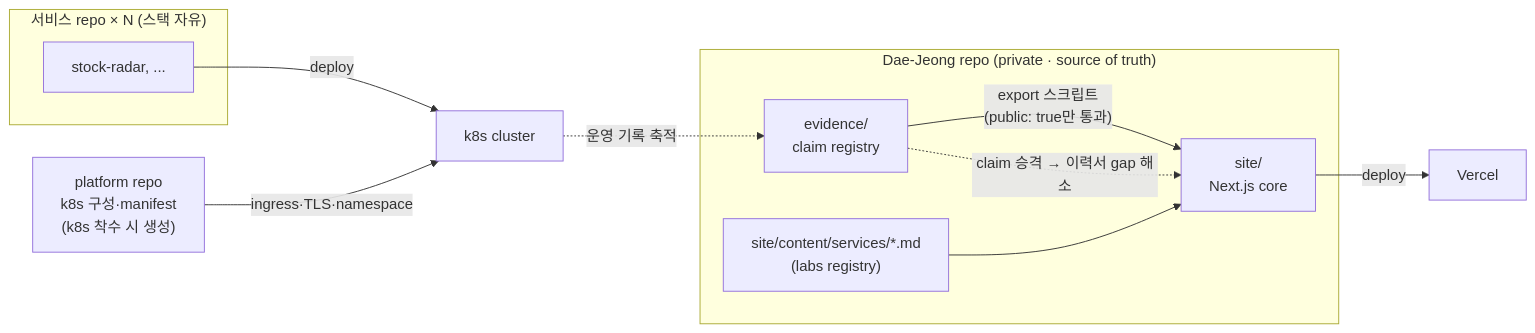
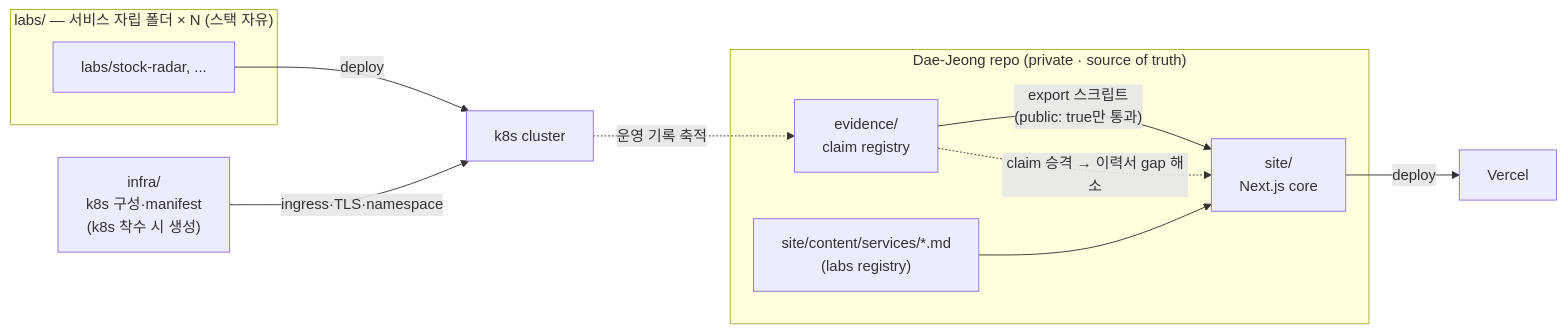
Before and after one commit to Dae-Jeong/Dae-Jeong: the second of 2 diagrams in docs/superpowers/specs/2026-07-15-personal-site-architecture-design.md, drawn with Mermaid. The commit also changed other lines of this file and 2 other files, not shown here.

First line of the commit message:
docs: full monorepo — labs services move in-repo (7th amendment)

````diff
--- a/docs/superpowers/specs/2026-07-15-personal-site-architecture-design.md
+++ b/docs/superpowers/specs/2026-07-15-personal-site-architecture-design.md
@@ -162,25 +163,25 @@
 ```mermaid
 flowchart LR
     subgraph DJ["Dae-Jeong repo (private · source of truth)"]
         EV["evidence/<br/>claim registry"]
         REG["site/content/services/*.md<br/>(labs registry)"]
         SITE["site/<br/>Next.js core"]
     end
 
-    subgraph SVCREPO["서비스 repo × N (스택 자유)"]
-        SR["stock-radar, ..."]
+    subgraph SVCREPO["labs/ — 서비스 자립 폴더 × N (스택 자유)"]
+        SR["labs/stock-radar, ..."]
     end
 
-    PLAT["platform repo<br/>k8s 구성·manifest<br/>(k8s 착수 시 생성)"]
+    PLAT["infra/<br/>k8s 구성·manifest<br/>(k8s 착수 시 생성)"]
 
     VERC["Vercel"]
     K8SC["k8s cluster"]
 
     EV -- "export 스크립트<br/>(public: true만 통과)" --> SITE
     REG --> SITE
     SITE -- deploy --> VERC
     SR -- deploy --> K8SC
     PLAT -- "ingress·TLS·namespace" --> K8SC
     K8SC -. "운영 기록 축적" .-> EV
     EV -. "claim 승격 → 이력서 gap 해소" .-> SITE
 ```
````
